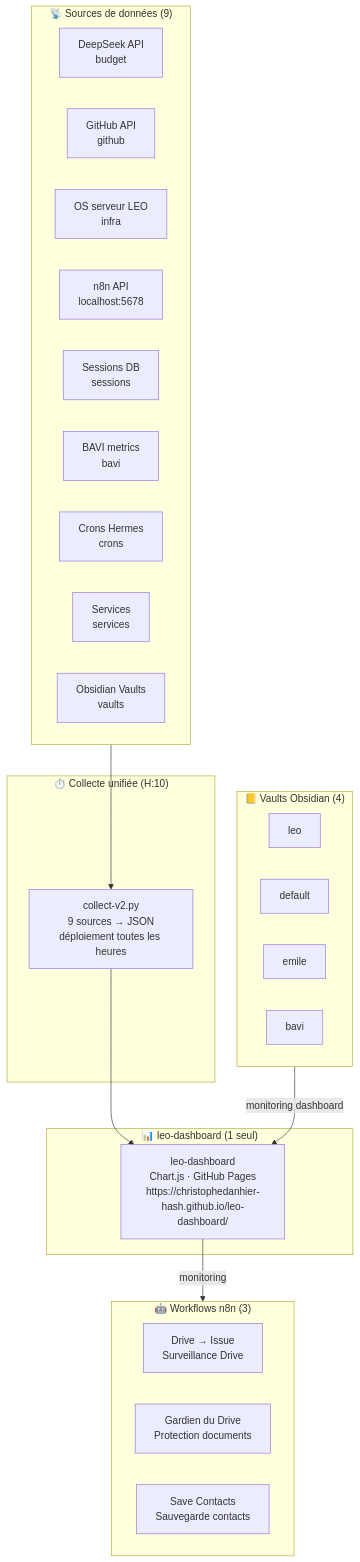
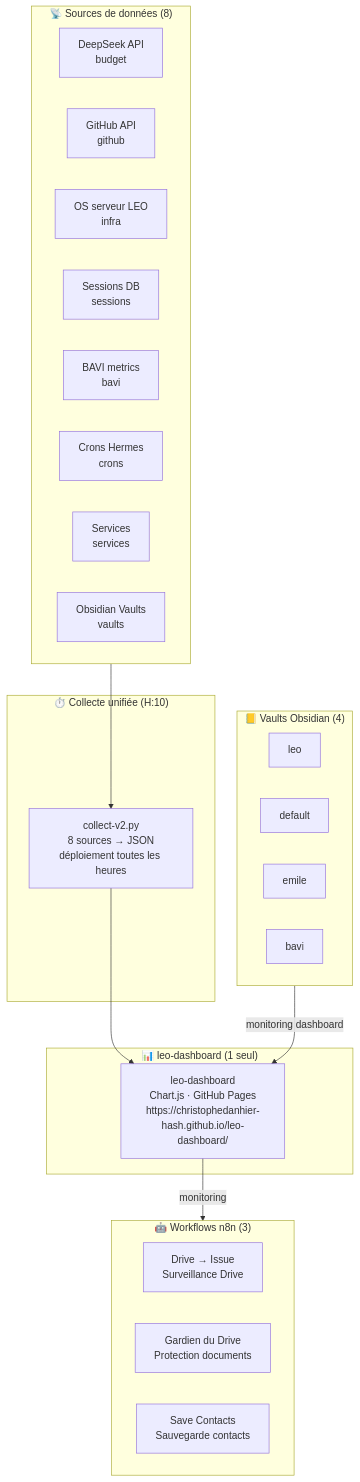
Before and after one commit to christophedanhier-hash/hermes-wiki: the diagram in docs/hermes/utilisation/architecture-leo.md, drawn with Mermaid. The commit also changed other lines of this file and 19 other files, not shown here.

````diff
--- a/docs/hermes/utilisation/architecture-leo.md
+++ b/docs/hermes/utilisation/architecture-leo.md
@@ -11,40 +11,39 @@
 ```mermaid
 flowchart TB
-    subgraph Sources["📡 Sources de données (9)"]
+    subgraph Sources["📡 Sources de données (8)"]
         DS["DeepSeek API<br/>budget"]
         GH_API["GitHub API<br/>github"]
         OS["OS serveur LEO<br/>infra"]
-        N8N_API["n8n API<br/>localhost:5678"]
         SESS["Sessions DB<br/>sessions"]
         BAVI_M["BAVI metrics<br/>bavi"]
         CRONS_M["Crons Hermes<br/>crons"]
         SVCS["Services<br/>services"]
         VAULTS["Obsidian Vaults<br/>vaults"]
     end
 
     subgraph Collecte["⏱️ Collecte unifiée (H:10)"]
-        COLLECT["collect-v2.py<br/>9 sources → JSON<br/>déploiement toutes les heures"]
+        COLLECT["collect-v2.py<br/>8 sources → JSON<br/>déploiement toutes les heures"]
     end
 
     subgraph Dashboard["📊 leo-dashboard (1 seul)"]
         DASH["leo-dashboard<br/>Chart.js · GitHub Pages<br/>https://christophedanhier-hash.github.io/leo-dashboard/"]
     end
 
     subgraph n8n["🤖 Workflows n8n (3)"]
         DRIVE_ISSUE["Drive → Issue<br/>Surveillance Drive"]
         GARDIEN["Gardien du Drive<br/>Protection documents"]
         SAVE_CONTACTS["Save Contacts<br/>Sauvegarde contacts"]
     end
 
     subgraph Vaults["📒 Vaults Obsidian (4)"]
         LEO_VAULT["leo"]
         DEFAULT_VAULT["default"]
         EMILE_VAULT["emile"]
         BAVI_VAULT["bavi"]
     end
 
     Sources --> COLLECT
     COLLECT --> DASH
     DASH -->|monitoring| n8n
     Vaults -->|monitoring dashboard| DASH
 ```
````
